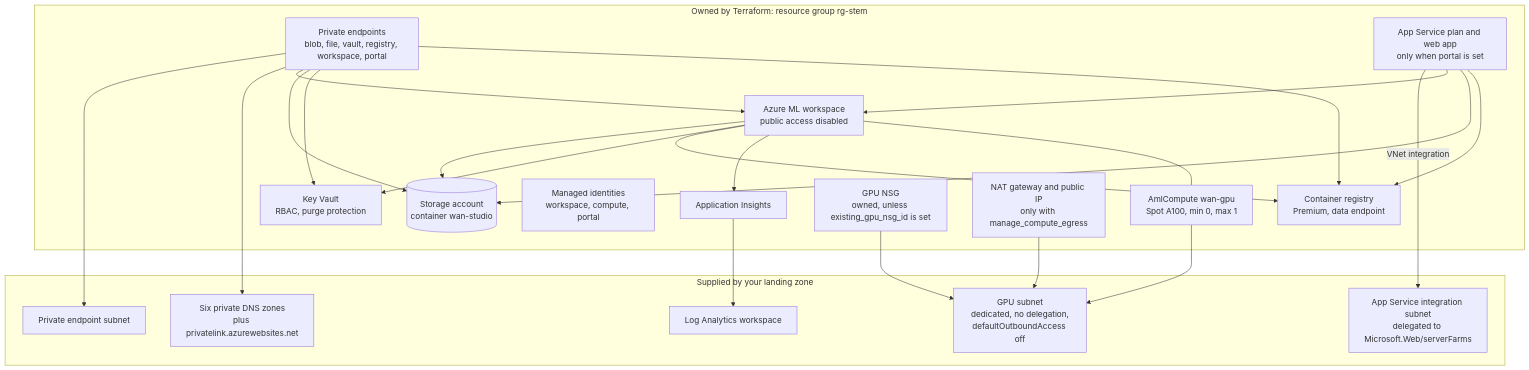
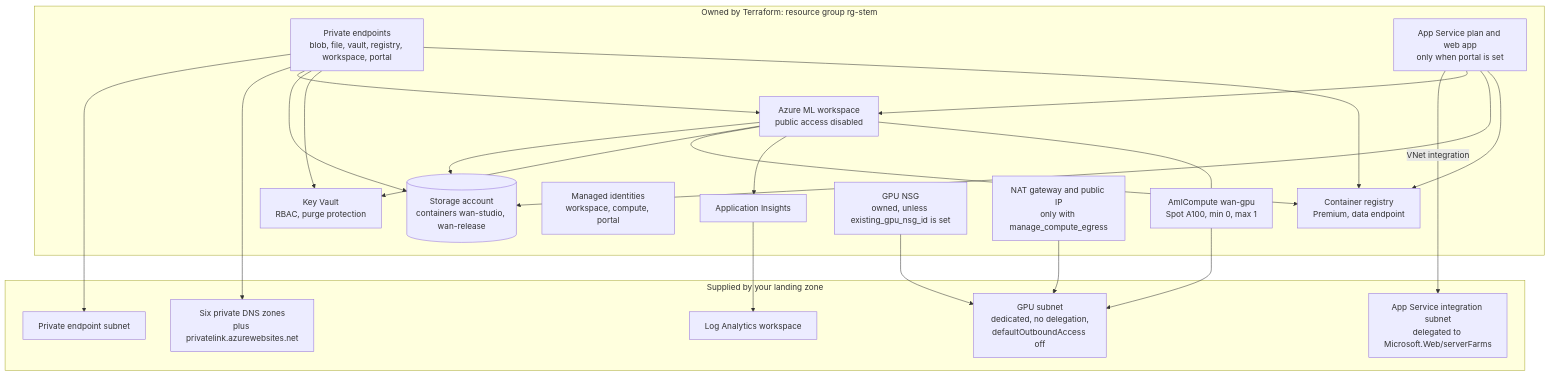
The diagram in docs-site/deployment/architecture/overview.mdx (seiggy/wan-safety-studio), drawn with Mermaid before and after one commit. The commit also changed other lines of this file and 33 other files, not shown here.

First line of the commit message:
Isolate release assets: separate container and datastore, scoped roles, custom portal role

````diff
--- a/docs-site/deployment/architecture/overview.mdx
+++ b/docs-site/deployment/architecture/overview.mdx
@@ -25,44 +25,44 @@
 ```mermaid
 flowchart TB
   subgraph supplied["Supplied by your landing zone"]
     gpusn["GPU subnet<br/>dedicated, no delegation,<br/>defaultOutboundAccess off"]
     pesn["Private endpoint subnet"]
     intsn["App Service integration subnet<br/>delegated to Microsoft.Web/serverFarms"]
     dns["Six private DNS zones<br/>plus privatelink.azurewebsites.net"]
     law["Log Analytics workspace"]
   end
 
   subgraph owned["Owned by Terraform: resource group rg-stem"]
     mlw["Azure ML workspace<br/>public access disabled"]
-    st[("Storage account<br/>container wan-studio")]
+    st[("Storage account<br/>containers wan-studio, wan-release")]
     kv["Key Vault<br/>RBAC, purge protection"]
     acr["Container registry<br/>Premium, data endpoint"]
     ai["Application Insights"]
     ids["Managed identities<br/>workspace, compute, portal"]
     pes["Private endpoints<br/>blob, file, vault, registry, workspace, portal"]
     cluster["AmlCompute wan-gpu<br/>Spot A100, min 0, max 1"]
     nsg["GPU NSG<br/>owned, unless existing_gpu_nsg_id is set"]
     nat["NAT gateway and public IP<br/>only with manage_compute_egress"]
     app["App Service plan and web app<br/>only when portal is set"]
   end
 
   app -->|"VNet integration"| intsn
   pes --> pesn
   pes --> dns
   pes --> mlw
   pes --> st
   pes --> kv
   pes --> acr
   cluster --> gpusn
   nsg --> gpusn
   nat --> gpusn
   mlw --> st
   mlw --> kv
   mlw --> acr
   mlw --> ai
   ai --> law
   mlw --- cluster
   app --> mlw
   app --> st
   app --> acr
 ```
````
